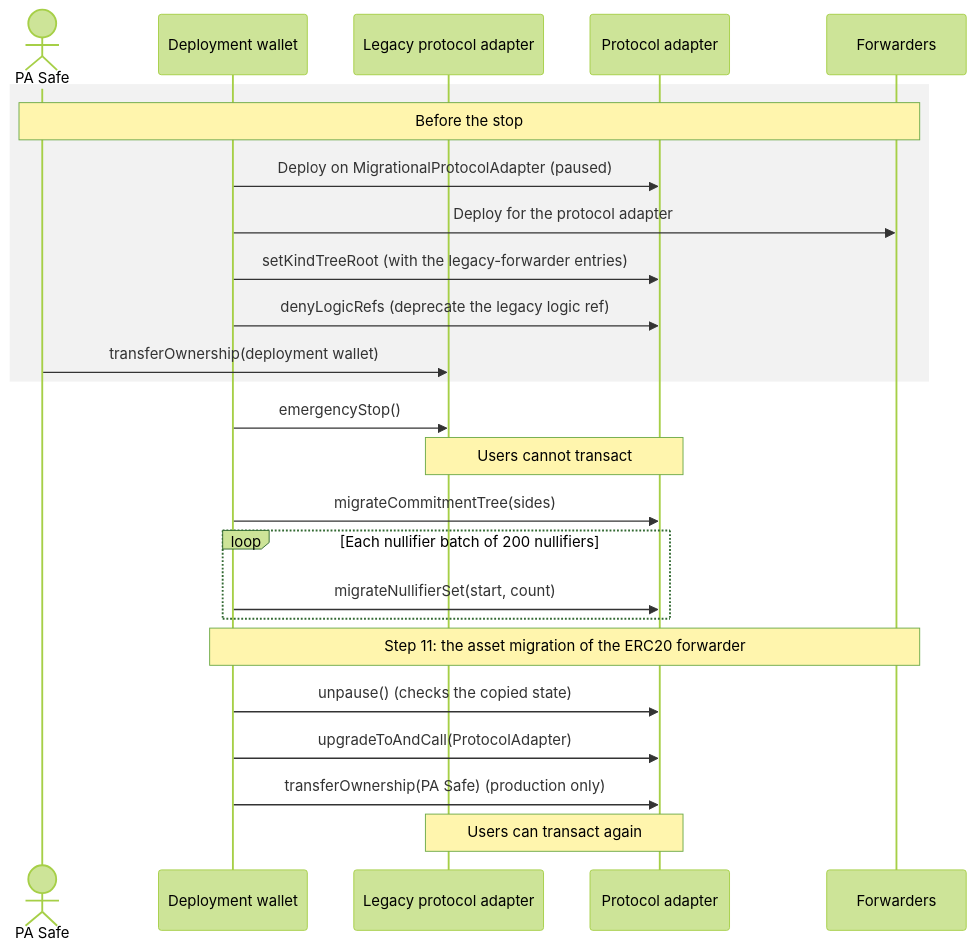
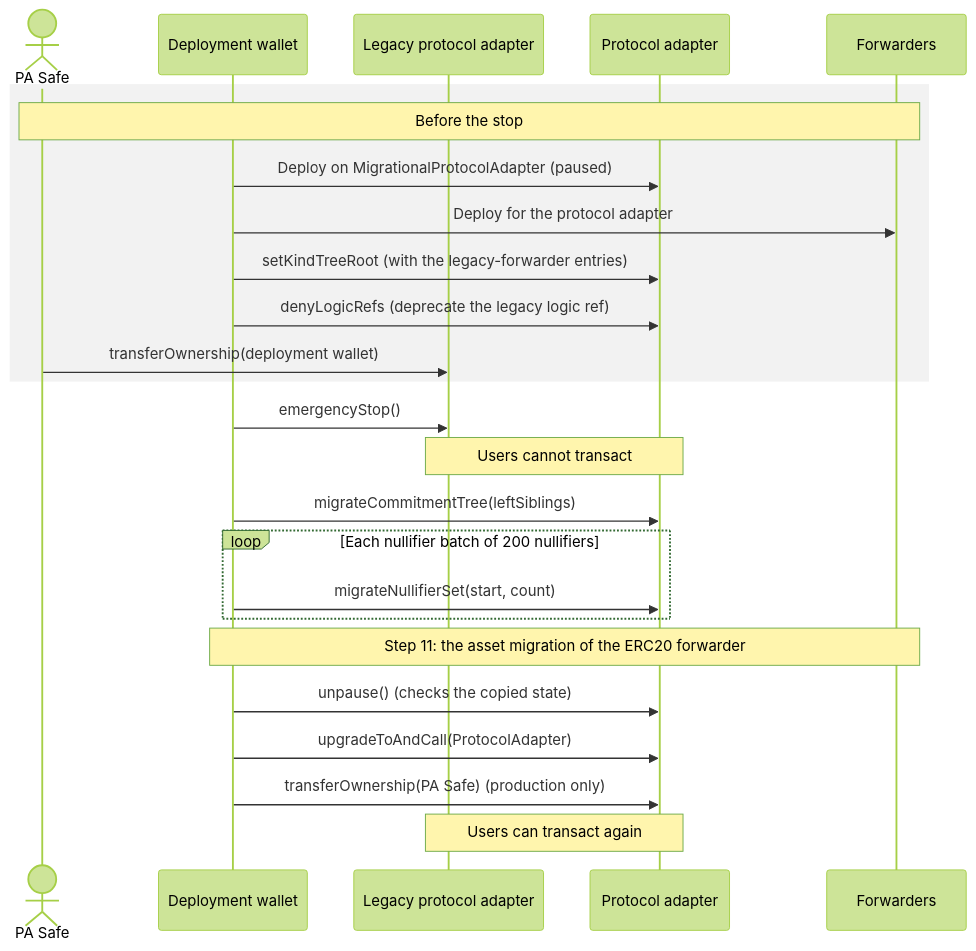
The second of 3 diagrams in docs/01-state-migration.md (anoma/pa-evm), drawn with Mermaid (forest theme) before and after one commit. The commit also changed other lines of this file, not shown here.

Commit message:
docs: use the left sibling names of the commitment tree

````diff
--- a/docs/01-state-migration.md
+++ b/docs/01-state-migration.md
@@ -96,29 +96,29 @@
 ```mermaid
 sequenceDiagram
     actor PASafe as PA Safe
     participant Wallet as Deployment wallet
     participant Legacy as Legacy protocol adapter
     participant Proxy as Protocol adapter
     participant Fwd as Forwarders
 
     rect rgba(128,128,128,0.1)
     Note over PASafe,Fwd: Before the stop
     Wallet->>Proxy: Deploy on MigrationalProtocolAdapter (paused)
     Wallet->>Fwd: Deploy for the protocol adapter
     Wallet->>Proxy: setKindTreeRoot (with the legacy-forwarder entries)
     Wallet->>Proxy: denyLogicRefs (deprecate the legacy logic ref)
     PASafe->>Legacy: transferOwnership(deployment wallet)
     end
 
     Wallet->>Legacy: emergencyStop()
     Note over Legacy,Proxy: Users cannot transact
-    Wallet->>Proxy: migrateCommitmentTree(sides)
+    Wallet->>Proxy: migrateCommitmentTree(leftSiblings)
     loop Each nullifier batch of 200 nullifiers
         Wallet->>Proxy: migrateNullifierSet(start, count)
     end
     Note over Wallet,Fwd: Step 11: the asset migration of the ERC20 forwarder
     Wallet->>Proxy: unpause() (checks the copied state)
     Wallet->>Proxy: upgradeToAndCall(ProtocolAdapter)
     Wallet->>Proxy: transferOwnership(PA Safe) (production only)
     Note over Legacy,Proxy: Users can transact again
 ```
````
